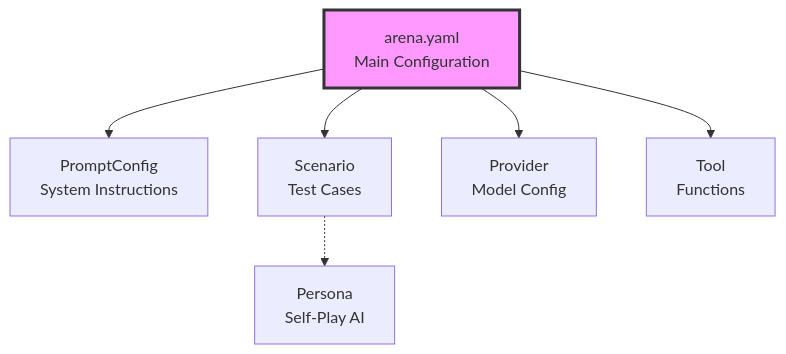
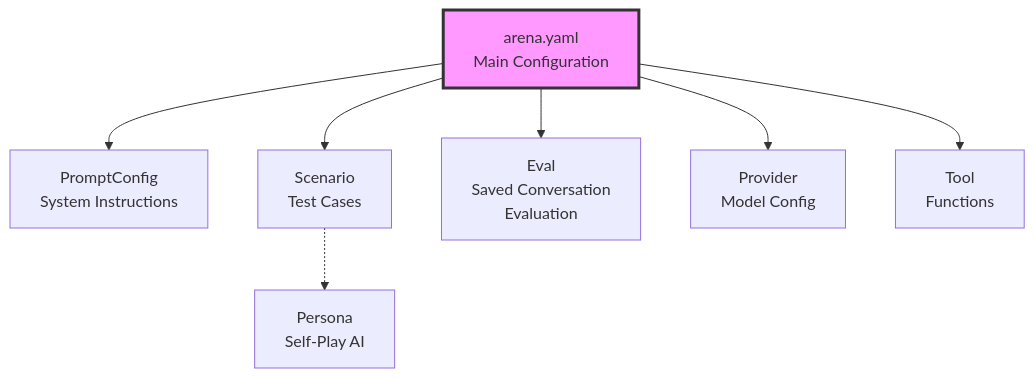
Before and after one commit to AltairaLabs/PromptKit: the diagram in docs/src/content/docs/arena/reference/config-schema.md, drawn with Mermaid. The commit also changed other lines of this file and 2 other files, not shown here.

First line of the commit message:
docs: add Eval configuration documentation (#215)

````diff
--- a/docs/src/content/docs/arena/reference/config-schema.md
+++ b/docs/src/content/docs/arena/reference/config-schema.md
@@ -14,19 +14,21 @@
 ```mermaid
 graph TB
     Arena["arena.yaml<br/>Main Configuration"]
 
     Prompt["PromptConfig<br/>System Instructions"]
     Scenario["Scenario<br/>Test Cases"]
+    Eval["Eval<br/>Saved Conversation<br/>Evaluation"]
     Provider["Provider<br/>Model Config"]
     Tool["Tool<br/>Functions"]
     Persona["Persona<br/>Self-Play AI"]
 
     Arena --> Prompt
     Arena --> Scenario
+    Arena --> Eval
     Arena --> Provider
     Arena --> Tool
 
     Scenario -.-> Persona
 
     style Arena fill:#f9f,stroke:#333,stroke-width:3px
 ```
````
